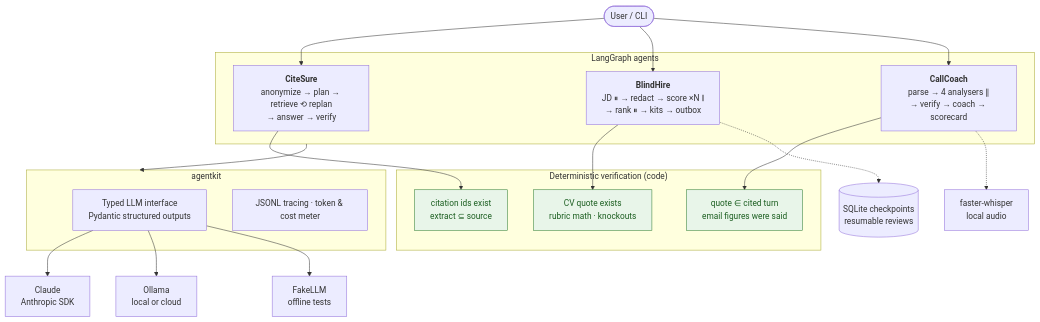
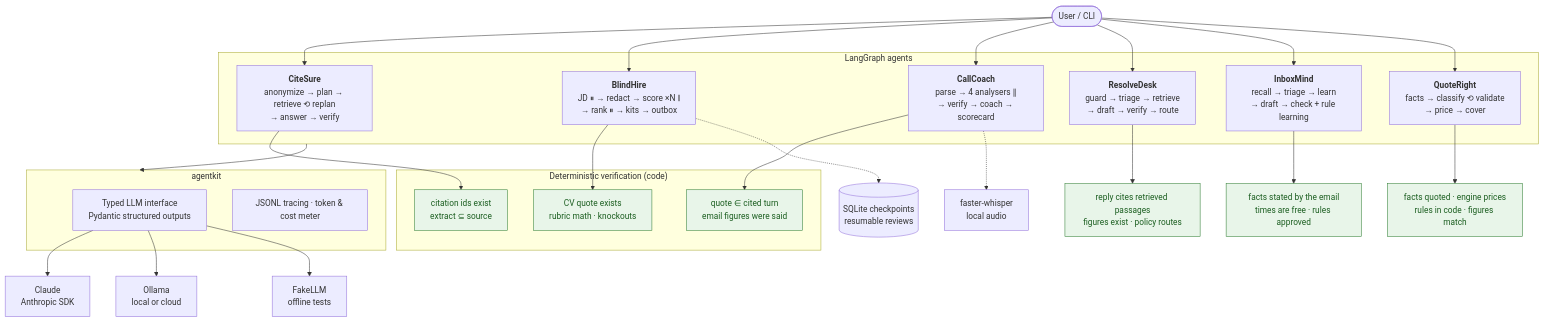
One commit to ChandraAINEW26/GenAI_Agents_Verified changed the diagram in README.md. Above: the diagram before and after it, drawn with Mermaid. The commit also changed other lines of this file and 52 other files, not shown here.

First line of the commit message:
Add ResolveDesk, InboxMind and QuoteRight (from GenAI_Agents #9, #32, #50)

````diff
--- a/README.md
+++ b/README.md
@@ -23,30 +26,36 @@
 ```mermaid
 flowchart TB
-    U([User / CLI]) --> CS & BH & CC
+    U([User / CLI]) --> CS & BH & CC & RD & IM & QR
     subgraph Agents["LangGraph agents"]
         CS["<b>CiteSure</b><br/>anonymize → plan → retrieve ⟲ replan<br/>→ answer → verify"]
         BH["<b>BlindHire</b><br/>JD ⏸ → redact → score ×N ∥<br/>→ rank ⏸ → kits → outbox"]
         CC["<b>CallCoach</b><br/>parse → 4 analysers ∥<br/>→ verify → coach → scorecard"]
+        RD["<b>ResolveDesk</b><br/>guard → triage → retrieve<br/>→ draft → verify → route"]
+        IM["<b>InboxMind</b><br/>recall → triage → learn<br/>→ draft → check + rule learning"]
+        QR["<b>QuoteRight</b><br/>facts → classify ⟲ validate<br/>→ price → cover"]
     end
     subgraph Verify["Deterministic verification (code)"]
         V1[citation ids exist<br/>extract ⊆ source]
         V2[CV quote exists<br/>rubric math · knockouts]
         V3[quote ∈ cited turn<br/>email figures were said]
     end
     CS --> V1
     BH --> V2
     CC --> V3
+    RD --> V4[reply cites retrieved passages<br/>figures exist · policy routes]
+    IM --> V5[facts stated by the email<br/>times are free · rules approved]
+    QR --> V6[facts quoted · engine prices<br/>rules in code · figures match]
     subgraph Kit["agentkit"]
         L[Typed LLM interface<br/>Pydantic structured outputs]
         T[JSONL tracing · token & cost meter]
     end
     Agents --> Kit
     L --> C[Claude<br/>Anthropic SDK]
     L --> O[Ollama<br/>local or cloud]
     L --> F[FakeLLM<br/>offline tests]
     BH -.-> DB[(SQLite checkpoints<br/>resumable reviews)]
     CC -.-> W[faster-whisper<br/>local audio]
 
     classDef verify fill:#e8f5e9,stroke:#2e7d32,color:#1b5e20
-    class V1,V2,V3 verify
+    class V1,V2,V3,V4,V5,V6 verify
 ```
````
